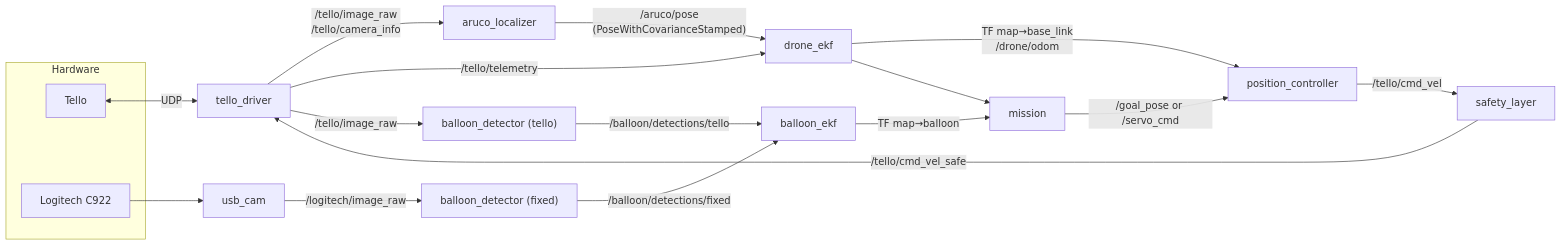
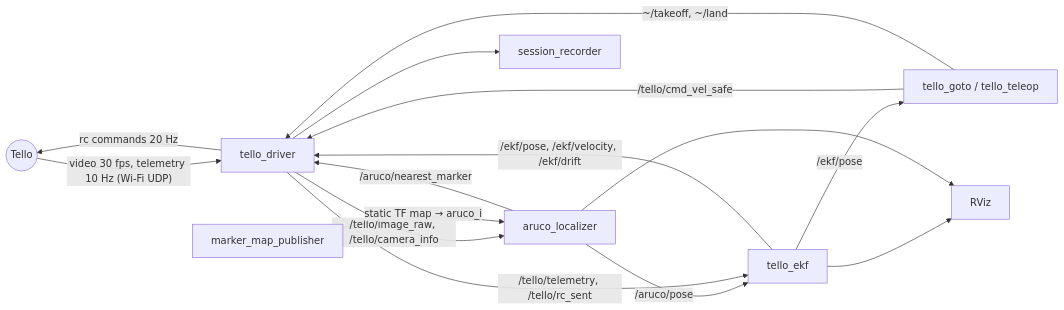
One commit to clementdumeril/tello-balloon-hunter changed the diagram in docs/ARCHITECTURE.md. Above: the diagram before and after it, drawn with Mermaid. The commit also changed other lines of this file and 44 other files, not shown here.

````diff
--- a/docs/ARCHITECTURE.md
+++ b/docs/ARCHITECTURE.md
@@ -32,25 +16,17 @@
 ```mermaid
 flowchart LR
-    subgraph HW["Hardware"]
-        tello["Tello"]
-        c922["Logitech C922"]
-    end
-
-    tello <-->|UDP| drv["tello_driver"]
-    c922 --> cam["usb_cam"]
-
-    drv -- "/tello/image_raw<br/>/tello/camera_info" --> loc["aruco_localizer"]
-    drv -- "/tello/telemetry" --> ekf["drone_ekf"]
-    loc -- "/aruco/pose<br/>(PoseWithCovarianceStamped)" --> ekf
-    ekf -- "TF map→base_link<br/>/drone/odom" --> ctrl["position_controller"]
-
-    drv -- "/tello/image_raw" --> yolo["balloon_detector (tello)"]
-    cam -- "/logitech/image_raw" --> det2["balloon_detector (fixed)"]
-    yolo -- "/balloon/detections/tello" --> bekf["balloon_ekf"]
-    det2 -- "/balloon/detections/fixed" --> bekf
-    bekf -- "TF map→balloon" --> mission["mission"]
-    ekf --> mission
-    mission -- "/goal_pose or /servo_cmd" --> ctrl
-    ctrl -- "/tello/cmd_vel" --> safety["safety_layer"]
-    safety -- "/tello/cmd_vel_safe" --> drv
+    T((Tello)) -- "video 30 fps, telemetry 10 Hz (Wi-Fi UDP)" --> D[tello_driver]
+    D -- "/tello/image_raw, /tello/camera_info" --> L[aruco_localizer]
+    M[marker_map_publisher] -- "static TF map → aruco_i" --> L
+    L -- /aruco/pose --> E[tello_ekf]
+    D -- "/tello/telemetry, /tello/rc_sent" --> E
+    E -- "/ekf/pose, /ekf/velocity, /ekf/drift" --> D
+    E -- /ekf/pose --> P
+    L -- /aruco/nearest_marker --> D
+    P[tello_goto / tello_teleop] -- /tello/cmd_vel_safe --> D
+    P -- "~/takeoff, ~/land" --> D
+    D -- "rc commands 20 Hz" --> T
+    E --> R[RViz]
+    L --> R
+    D --> S[session_recorder]
 ```
````
